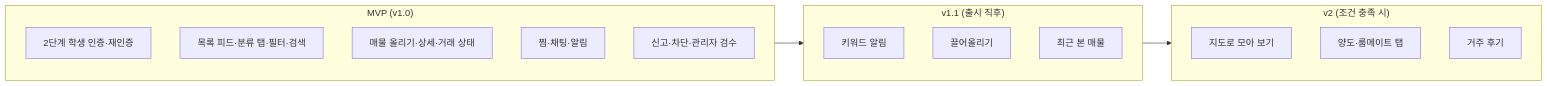
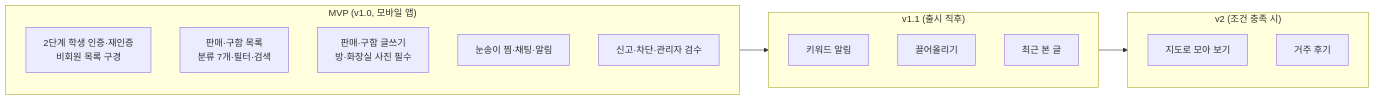
One commit to yuna14742/sookbak-sookbak changed the second of 4 diagrams in waterfall/00-기획/서비스기획서.md. Above: the diagram before and after it, drawn with Mermaid. The commit also changed other lines of this file, not shown here.

First line of the commit message:
서비스기획서 v0.2: 판매/구함, 분류 7개, 학교 기준 위치, 모바일 앱

````diff
--- a/waterfall/00-기획/서비스기획서.md
+++ b/waterfall/00-기획/서비스기획서.md
@@ -356,28 +404,27 @@
 ```mermaid
 flowchart LR
-    subgraph MVP["MVP (v1.0)"]
+    subgraph MVP["MVP (v1.0, 모바일 앱)"]
         direction TB
-        F1["2단계 학생 인증·재인증"]
-        F2["목록 피드·분류 탭·필터·검색"]
-        F3["매물 올리기·상세·거래 상태"]
-        F4["찜·채팅·알림"]
+        F1["2단계 학생 인증·재인증<br/>비회원 목록 구경"]
+        F2["판매·구함 목록<br/>분류 7개·필터·검색"]
+        F3["판매·구함 글쓰기<br/>방·화장실 사진 필수"]
+        F4["눈송이 찜·채팅·알림"]
         F5["신고·차단·관리자 검수"]
     end
 
     subgraph V11["v1.1 (출시 직후)"]
         direction TB
         F6["키워드 알림"]
         F7["끌어올리기"]
-        F8["최근 본 매물"]
+        F8["최근 본 글"]
     end
 
     subgraph V2["v2 (조건 충족 시)"]
         direction TB
         F9["지도로 모아 보기"]
-        F10["양도·룸메이트 탭"]
-        F11["거주 후기"]
+        F10["거주 후기"]
     end
 
     MVP --> V11
     V11 --> V2
 ```
````
